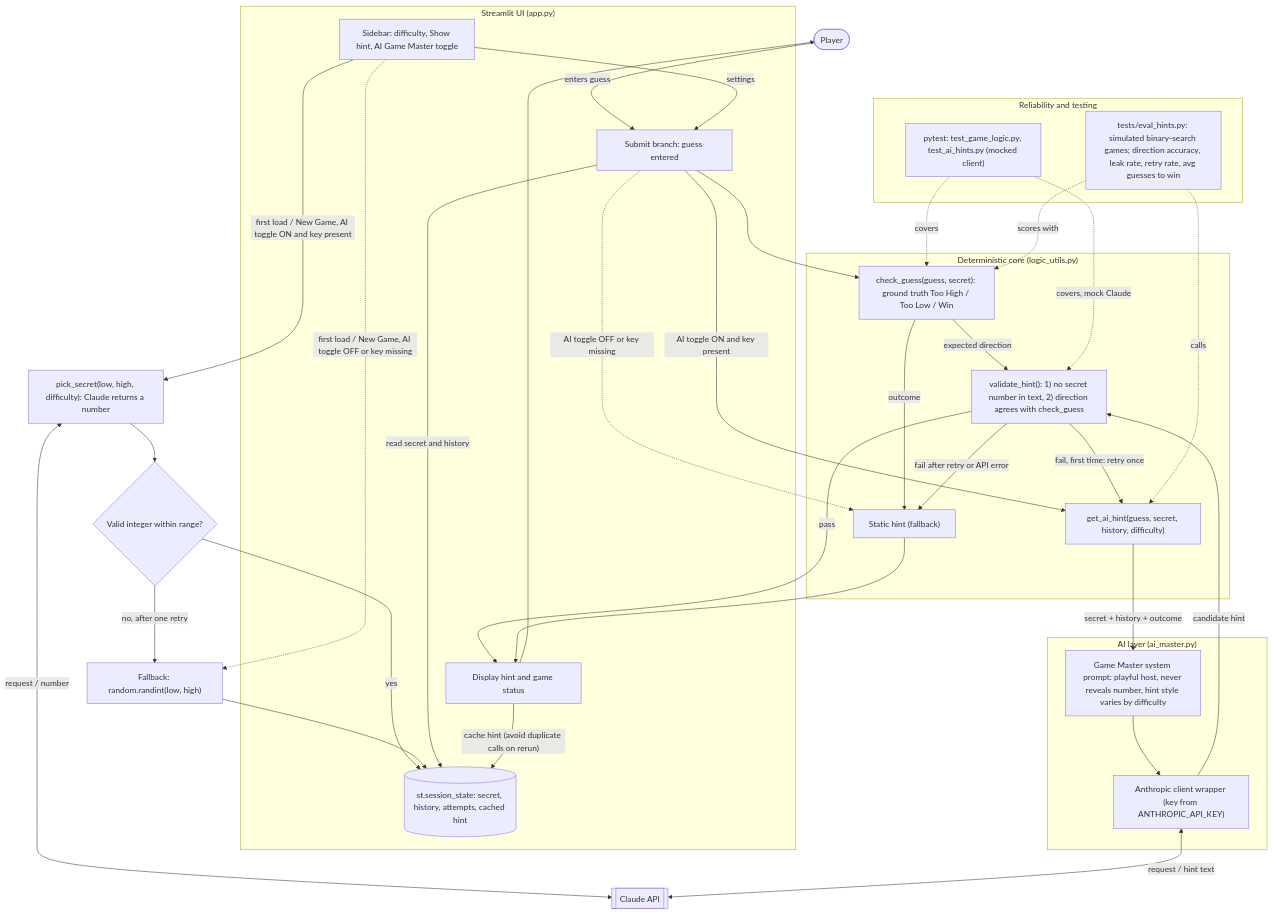
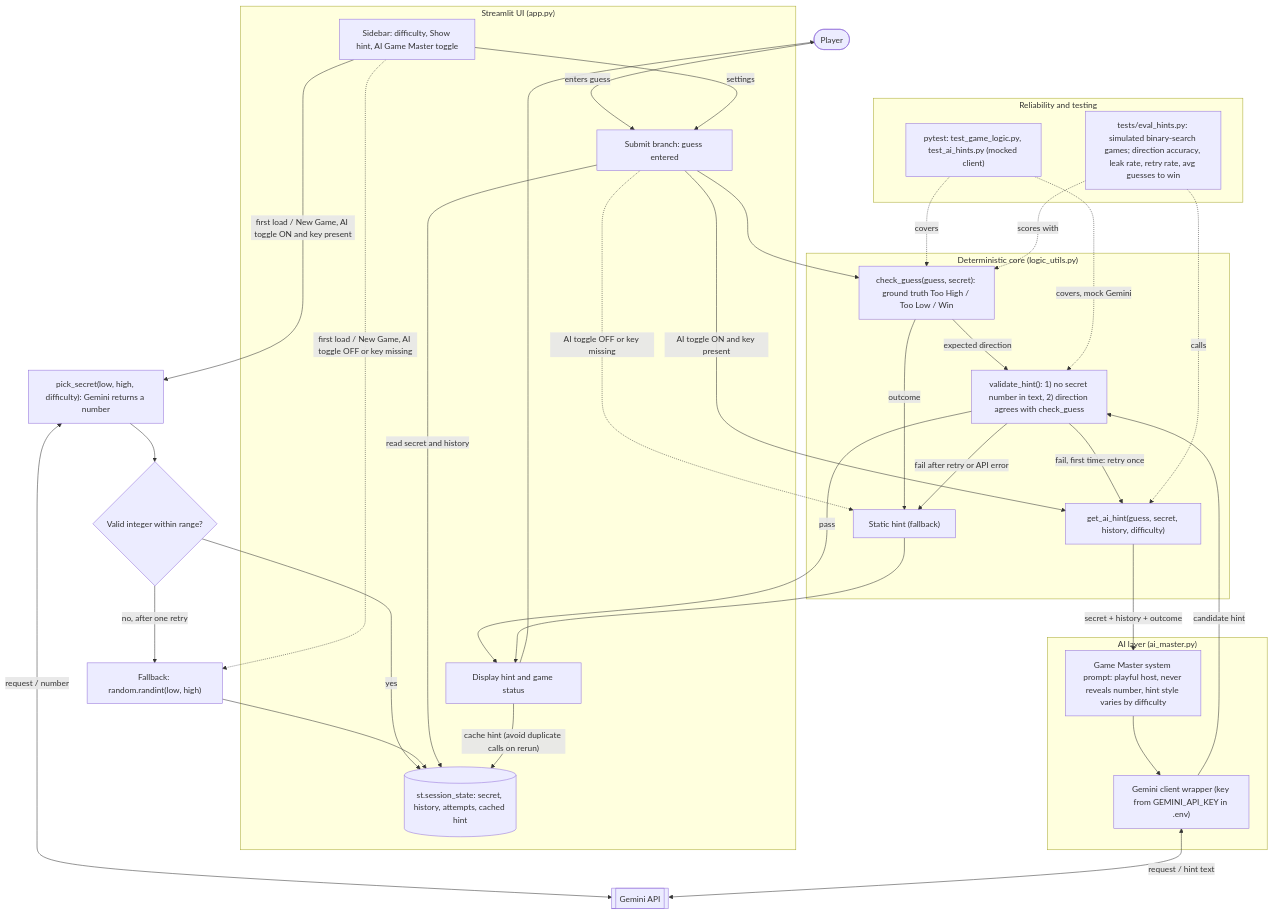
Before and after one commit to ana-lomidze/applied-ai-system-project: the diagram in diagrams/system_diagram.mmd, drawn with Mermaid. The commit also changed 1 other file, not shown here.

Commit message:
added to the requriements since I will be using Gemini. Changed the .mmd file to include the name 'Gemini'

```diff
--- a/diagrams/system_diagram.mmd
+++ b/diagrams/system_diagram.mmd
@@ -1,70 +1,70 @@
 flowchart TD
     %% ---------- User / UI layer ----------
     Player(["Player"])
     subgraph UI["Streamlit UI (app.py)"]
         Sidebar["Sidebar: difficulty, Show hint, AI Game Master toggle"]
         Submit["Submit branch: guess entered"]
         State[("st.session_state: secret, history, attempts, cached hint")]
         Display["Display hint and game status"]
     end
 
     %% ---------- Deterministic core ----------
     subgraph CORE["Deterministic core (logic_utils.py)"]
         Check["check_guess(guess, secret): ground truth Too High / Too Low / Win"]
         Static["Static hint (fallback)"]
         Validate["validate_hint(): 1) no secret number in text, 2) direction agrees with check_guess"]
         GetAI["get_ai_hint(guess, secret, history, difficulty)"]
     end
 
     %% ---------- AI layer ----------
     subgraph AI["AI layer (ai_master.py)"]
         Prompt["Game Master system prompt: playful host, never reveals number, hint style varies by difficulty"]
-        Client["Anthropic client wrapper (key from ANTHROPIC_API_KEY)"]
+        Client["Gemini client wrapper (key from GEMINI_API_KEY in .env)"]
     end
-    Claude[["Claude API"]]
+    Gemini[["Gemini API"]]
 
     %% ---------- Testing / reliability ----------
     subgraph TEST["Reliability and testing"]
         Pytest["pytest: test_game_logic.py, test_ai_hints.py (mocked client)"]
         Eval["tests/eval_hints.py: simulated binary-search games; direction accuracy, leak rate, retry rate, avg guesses to win"]
     end
 
     %% ---------- Secret selection (first load / New Game) ----------
-    Pick["pick_secret(low, high, difficulty): Claude returns a number"]
+    Pick["pick_secret(low, high, difficulty): Gemini returns a number"]
     CheckSecret{"Valid integer within range?"}
     Fallback["Fallback: random.randint(low, high)"]
     Sidebar -->|"first load / New Game, AI toggle ON and key present"| Pick
     Sidebar -.->|"first load / New Game, AI toggle OFF or key missing"| Fallback
-    Pick <-->|"request / number"| Claude
+    Pick <-->|"request / number"| Gemini
     Pick --> CheckSecret
     CheckSecret -->|"yes"| State
     CheckSecret -->|"no, after one retry"| Fallback
     Fallback --> State
 
     %% ---------- Main flow ----------
     Player -->|"enters guess"| Submit
     Sidebar -->|"settings"| Submit
     Submit -->|"read secret and history"| State
     Submit --> Check
     Check -->|"outcome"| Static
     Submit -->|"AI toggle ON and key present"| GetAI
     Submit -.->|"AI toggle OFF or key missing"| Static
 
     GetAI -->|"secret + history + outcome"| Prompt
     Prompt --> Client
-    Client <-->|"request / hint text"| Claude
+    Client <-->|"request / hint text"| Gemini
     Client -->|"candidate hint"| Validate
     Check -->|"expected direction"| Validate
 
     Validate -->|"pass"| Display
     Validate -->|"fail, first time: retry once"| GetAI
     Validate -->|"fail after retry or API error"| Static
     Static --> Display
     Display -->|"cache hint (avoid duplicate calls on rerun)"| State
     Display --> Player
 
     %% ---------- Testing links ----------
     Pytest -.->|"covers"| Check
-    Pytest -.->|"covers, mock Claude"| Validate
+    Pytest -.->|"covers, mock Gemini"| Validate
     Eval -.->|"calls"| GetAI
     Eval -.->|"scores with"| Check
```
